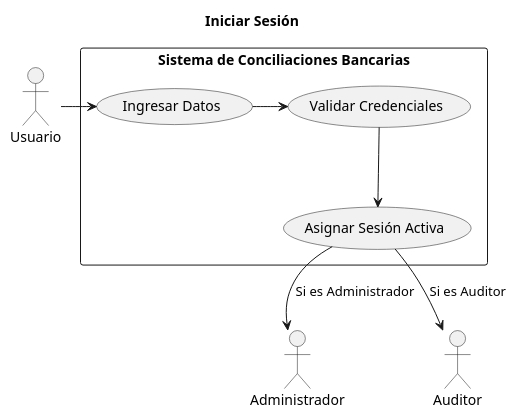
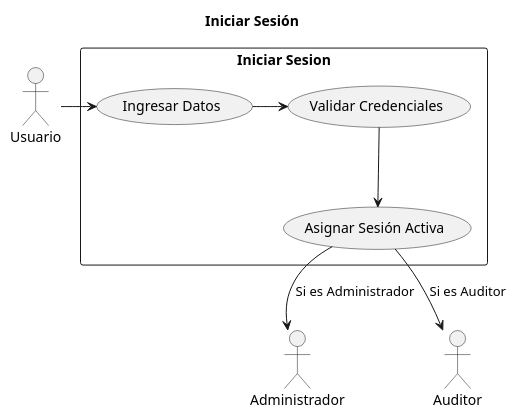
Before and after one commit to ricardouriegas/sistema-de-consilaciones-bancarias: the diagram in IniciarSesion.puml, drawn with PlantUML. The commit also changed 3 other files, not shown here.

```diff
--- a/IniciarSesion.puml
+++ b/IniciarSesion.puml
@@ -1,17 +1,17 @@
 @startuml IniciarSesion
 title Iniciar Sesión
 
 actor Usuario
 actor Administrador as admin
 actor Auditor as auditor
 
-rectangle "Sistema de Conciliaciones Bancarias" {
+rectangle "Iniciar Sesion" {
     Usuario -> (Ingresar Datos)
     (Ingresar Datos) -> (Validar Credenciales)
     (Validar Credenciales) --> (Asignar Sesión Activa)
 
     (Asignar Sesión Activa) --> admin : Si es Administrador
     (Asignar Sesión Activa) --> auditor : Si es Auditor
 }
 
 @enduml
```
